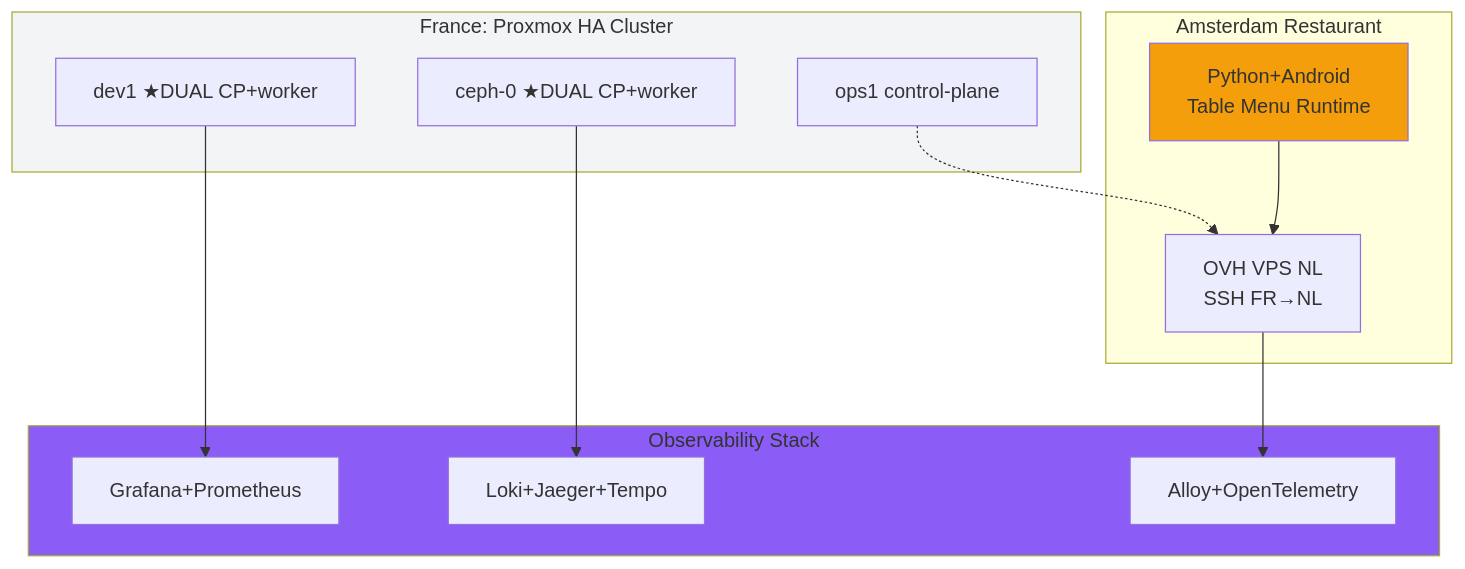
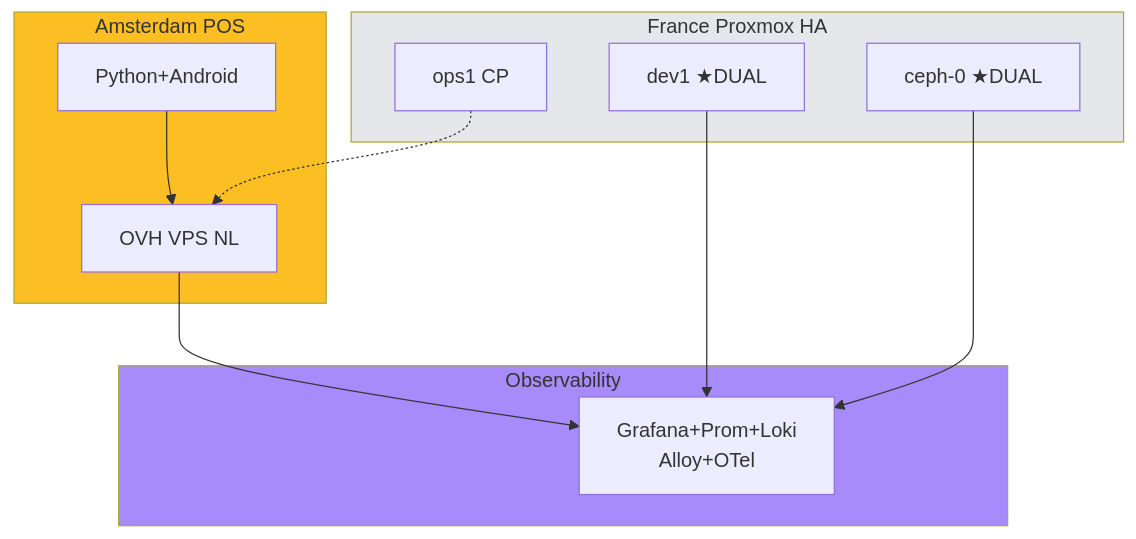
Before and after one commit to matahariku/matahariku: the second of 2 diagrams in README.md, drawn with Mermaid. The commit also changed other lines of this file, not shown here.

````diff
--- a/README.md
+++ b/README.md
@@ -120,29 +120,27 @@
 ```mermaid
 flowchart TB
-    subgraph FR ["France: Proxmox HA Cluster"]
-        N1[ops1 control-plane]
-        N2[dev1 ★DUAL CP+worker]
-        N3[ceph-0 ★DUAL CP+worker]
+    subgraph FR ["France Proxmox HA"]
+        N1[ops1 CP]
+        N2[dev1 ★DUAL]
+        N3[ceph-0 ★DUAL]
     end
     
-    subgraph OBS ["Observability Stack"]
-        M1[Grafana+Prometheus]
-        M2[Loki+Jaeger+Tempo]
-        M3[Alloy+OpenTelemetry]
+    subgraph OBS ["Observability"]
+        M[Grafana+Prom+Loki<br/>Alloy+OTel]
     end
     
-    subgraph NL ["Amsterdam Restaurant"]
-        POS[Python+Android<br/>Table Menu Runtime]
-        OVH[OVH VPS NL<br/>SSH FR→NL]
+    subgraph NL ["Amsterdam POS"]
+        POS[Python+Android]
+        OVH[OVH VPS NL]
     end
     
-    N2 --> M1
-    N3 --> M2
+    N2 --> M
+    N3 --> M
     POS --> OVH
-    OVH --> M3
+    OVH --> M
     N1 -.-> OVH
     
-    style FR fill:#f3f4f6
-    style OBS fill:#8b5cf6
-    style POS fill:#f59e0b
+    style FR fill:#e5e7eb
+    style OBS fill:#a78bfa
+    style NL fill:#fbbf24
 ```
````
